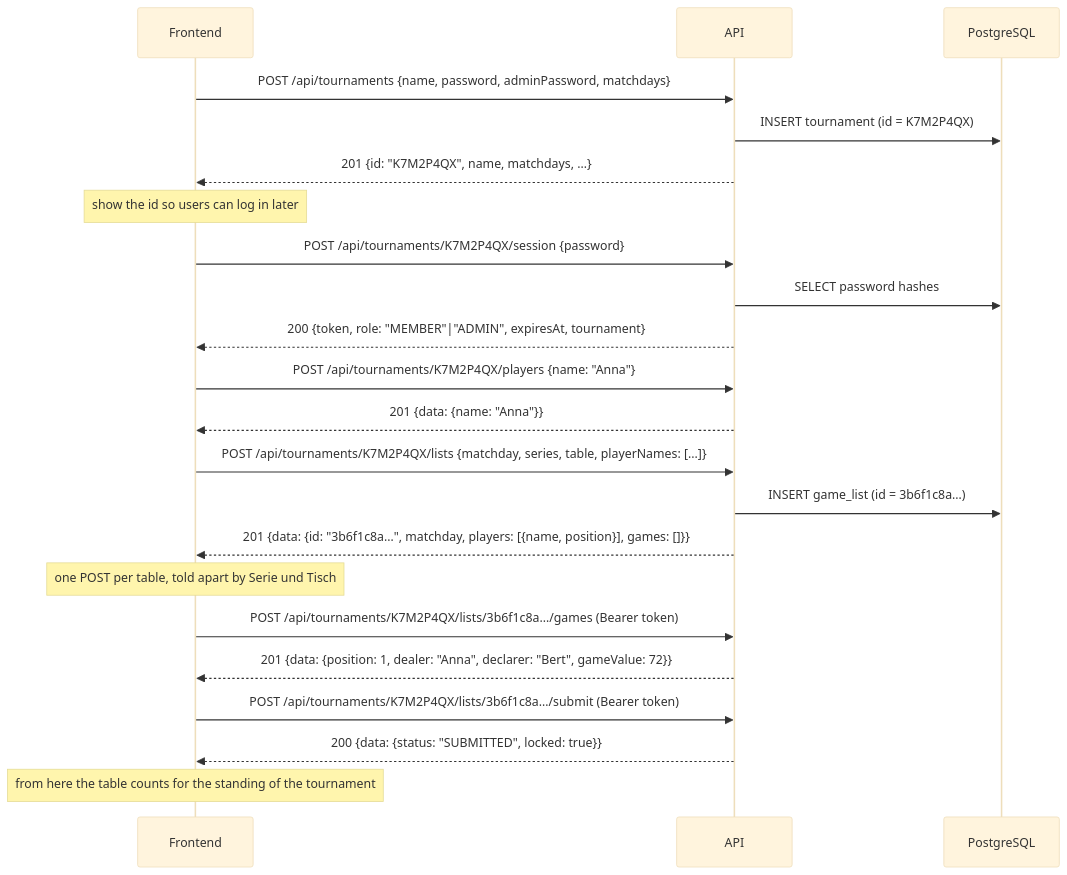
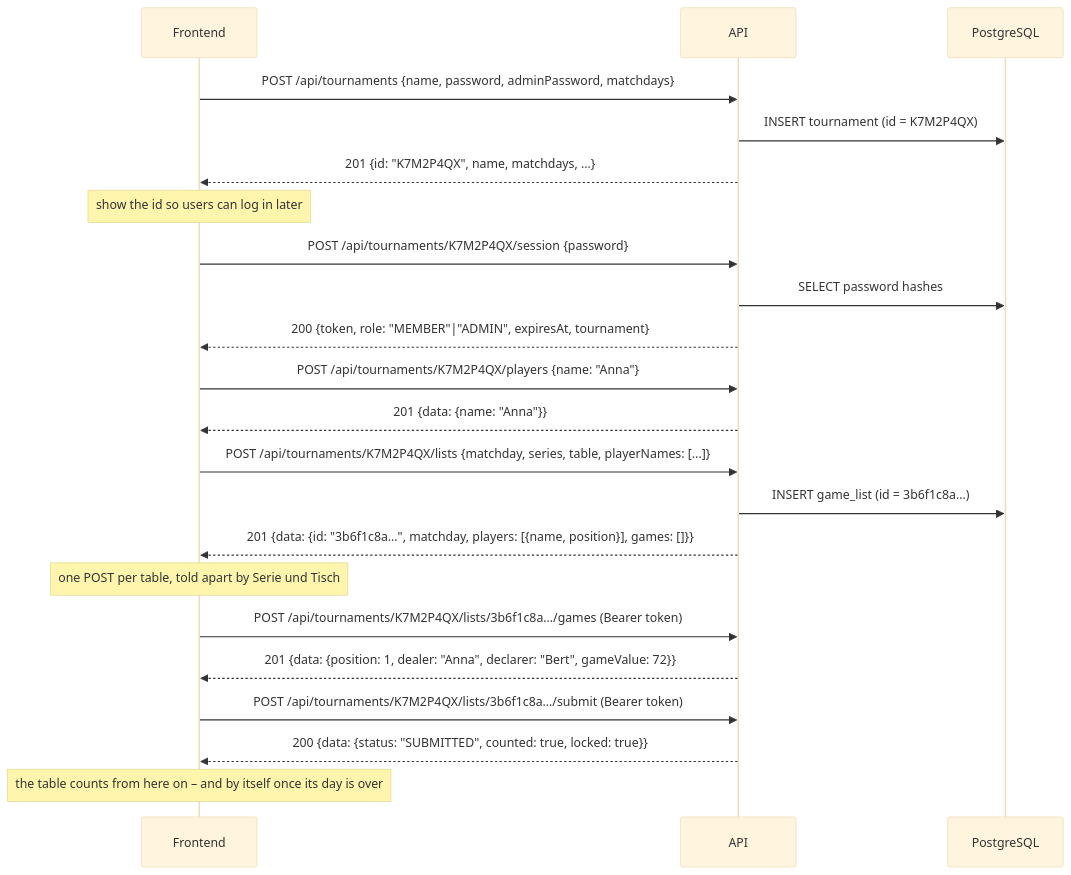
Before and after one commit to TropicLegend/skatis: the diagram in backend/README.md, drawn with Mermaid (base theme). The commit also changed other lines of this file and 9 other files, not shown here.

First line of the commit message:
Carry the flat bonuses over and count a list once its day is over

````diff
--- a/backend/README.md
+++ b/backend/README.md
@@ -97,25 +100,25 @@
 ```mermaid
 sequenceDiagram
     participant F as Frontend
     participant A as API
     participant D as PostgreSQL
 
     F->>A: POST /api/tournaments {name, password, adminPassword, matchdays}
     A->>D: INSERT tournament (id = K7M2P4QX)
     A-->>F: 201 {id: "K7M2P4QX", name, matchdays, …}
     Note over F: show the id so users can log in later
     F->>A: POST /api/tournaments/K7M2P4QX/session {password}
     A->>D: SELECT password hashes
     A-->>F: 200 {token, role: "MEMBER"|"ADMIN", expiresAt, tournament}
     F->>A: POST /api/tournaments/K7M2P4QX/players {name: "Anna"}
     A-->>F: 201 {data: {name: "Anna"}}
     F->>A: POST /api/tournaments/K7M2P4QX/lists {matchday, series, table, playerNames: [...]}
     A->>D: INSERT game_list (id = 3b6f1c8a…)
     A-->>F: 201 {data: {id: "3b6f1c8a…", matchday, players: [{name, position}], games: []}}
     Note over F: one POST per table, told apart by Serie und Tisch
     F->>A: POST /api/tournaments/K7M2P4QX/lists/3b6f1c8a…/games (Bearer token)
     A-->>F: 201 {data: {position: 1, dealer: "Anna", declarer: "Bert", gameValue: 72}}
     F->>A: POST /api/tournaments/K7M2P4QX/lists/3b6f1c8a…/submit (Bearer token)
-    A-->>F: 200 {data: {status: "SUBMITTED", locked: true}}
-    Note over F: from here the table counts for the standing of the tournament
+    A-->>F: 200 {data: {status: "SUBMITTED", counted: true, locked: true}}
+    Note over F: the table counts from here on – and by itself once its day is over
 ```
````
